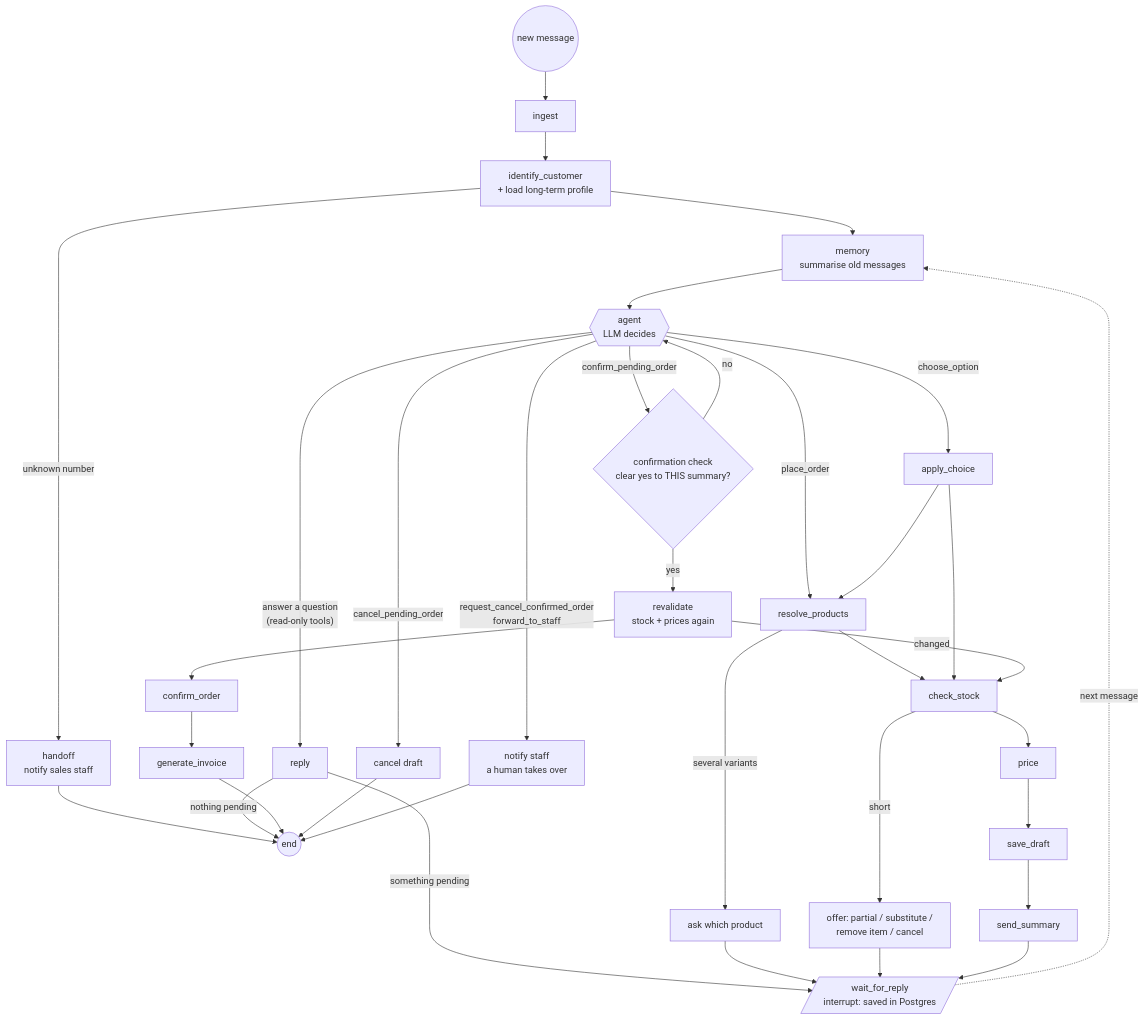
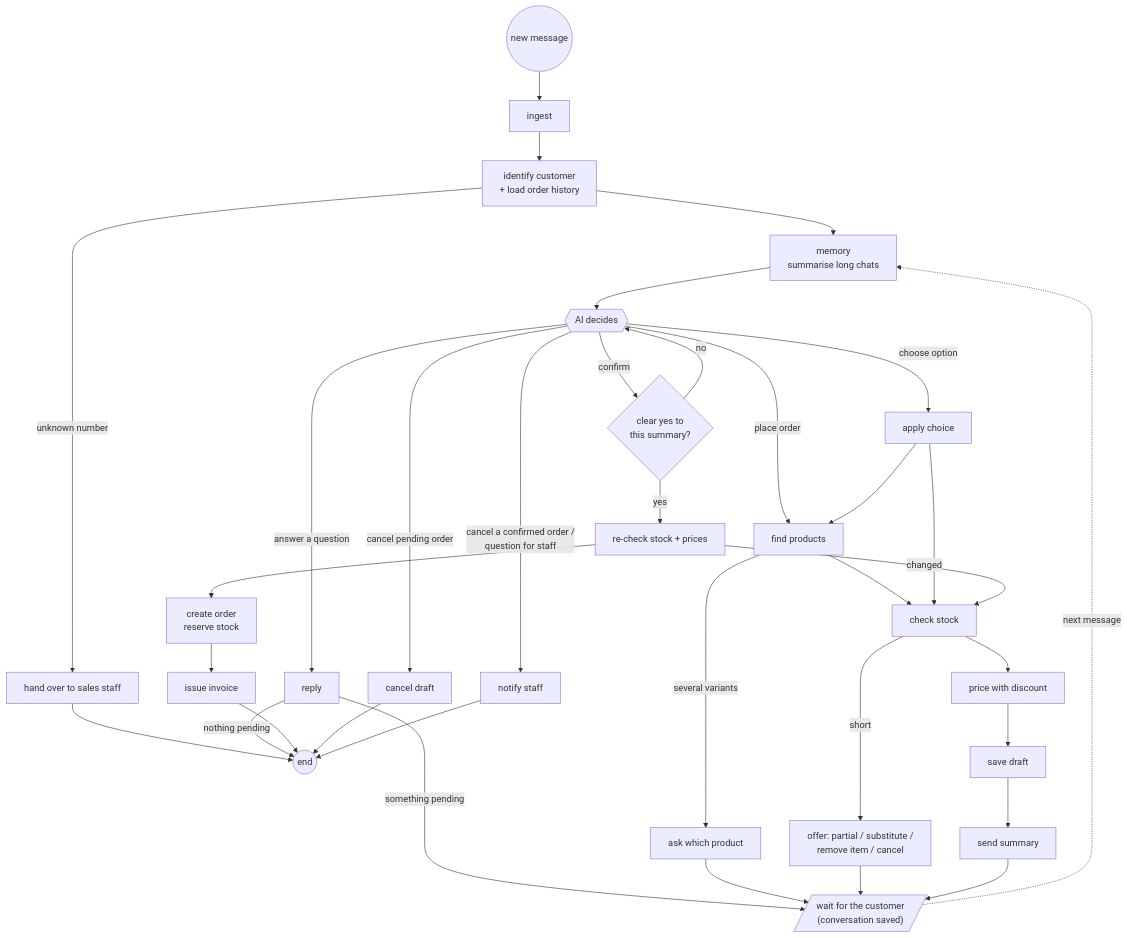
One commit to Nazir-Ahmed72/bizflow-ai changed the second of 5 diagrams in README.md. Above: the diagram before and after it, drawn with Mermaid. The commit also changed other lines of this file and 18 other files, not shown here.

````diff
--- a/README.md
+++ b/README.md
@@ -110,33 +124,33 @@
 ```mermaid
 flowchart TD
     start((new message)) --> ingest
-    ingest --> identify[identify_customer<br/>+ load long-term profile]
-    identify -- unknown number --> handoff[handoff<br/>notify sales staff] --> done((end))
-    identify --> memory[memory<br/>summarise old messages]
-    memory --> agent{{"agent<br/>LLM decides"}}
+    ingest --> identify[identify customer<br/>+ load order history]
+    identify -- unknown number --> handoff[hand over to sales staff] --> done((end))
+    identify --> memory[memory<br/>summarise long chats]
+    memory --> agent{{"AI decides"}}
 
-    agent -- "answer a question<br/>(read-only tools)" --> reply[reply]
+    agent -- "answer a question" --> reply[reply]
     reply -- nothing pending --> done
     reply -- something pending --> wait
 
-    agent -- place_order --> resolve[resolve_products]
+    agent -- place order --> resolve[find products]
     resolve -- several variants --> askP[ask which product] --> wait
-    resolve --> stock[check_stock]
+    resolve --> stock[check stock]
     stock -- short --> askS["offer: partial / substitute /<br/>remove item / cancel"] --> wait
-    stock --> price[price] --> draft[save_draft] --> summary[send_summary] --> wait
+    stock --> price[price with discount] --> draft[save draft] --> summary[send summary] --> wait
 
-    agent -- choose_option --> apply[apply_choice]
+    agent -- choose option --> apply[apply choice]
     apply --> resolve
     apply --> stock
 
-    agent -- confirm_pending_order --> check{"confirmation check<br/>clear yes to THIS summary?"}
+    agent -- confirm --> check{"clear yes to<br/>this summary?"}
     check -- no --> agent
-    check -- yes --> reval[revalidate<br/>stock + prices again]
+    check -- yes --> reval[re-check stock + prices]
     reval -- changed --> stock
-    reval --> confirm[confirm_order] --> invoice[generate_invoice] --> done
+    reval --> confirm[create order<br/>reserve stock] --> invoice[issue invoice] --> done
 
-    agent -- cancel_pending_order --> cancel[cancel draft] --> done
-    agent -- "request_cancel_confirmed_order<br/>forward_to_staff" --> human[notify staff<br/>a human takes over] --> done
+    agent -- cancel pending order --> cancel[cancel draft] --> done
+    agent -- "cancel a confirmed order /<br/>question for staff" --> human[notify staff] --> done
 
-    wait[/"wait_for_reply<br/>interrupt: saved in Postgres"/] -. next message .-> memory
+    wait[/"wait for the customer<br/>(conversation saved)"/] -. next message .-> memory
 ```
````
